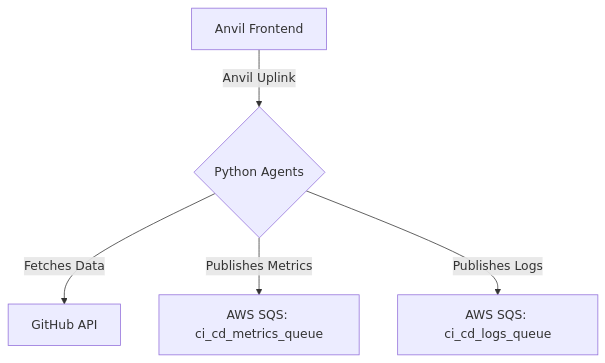
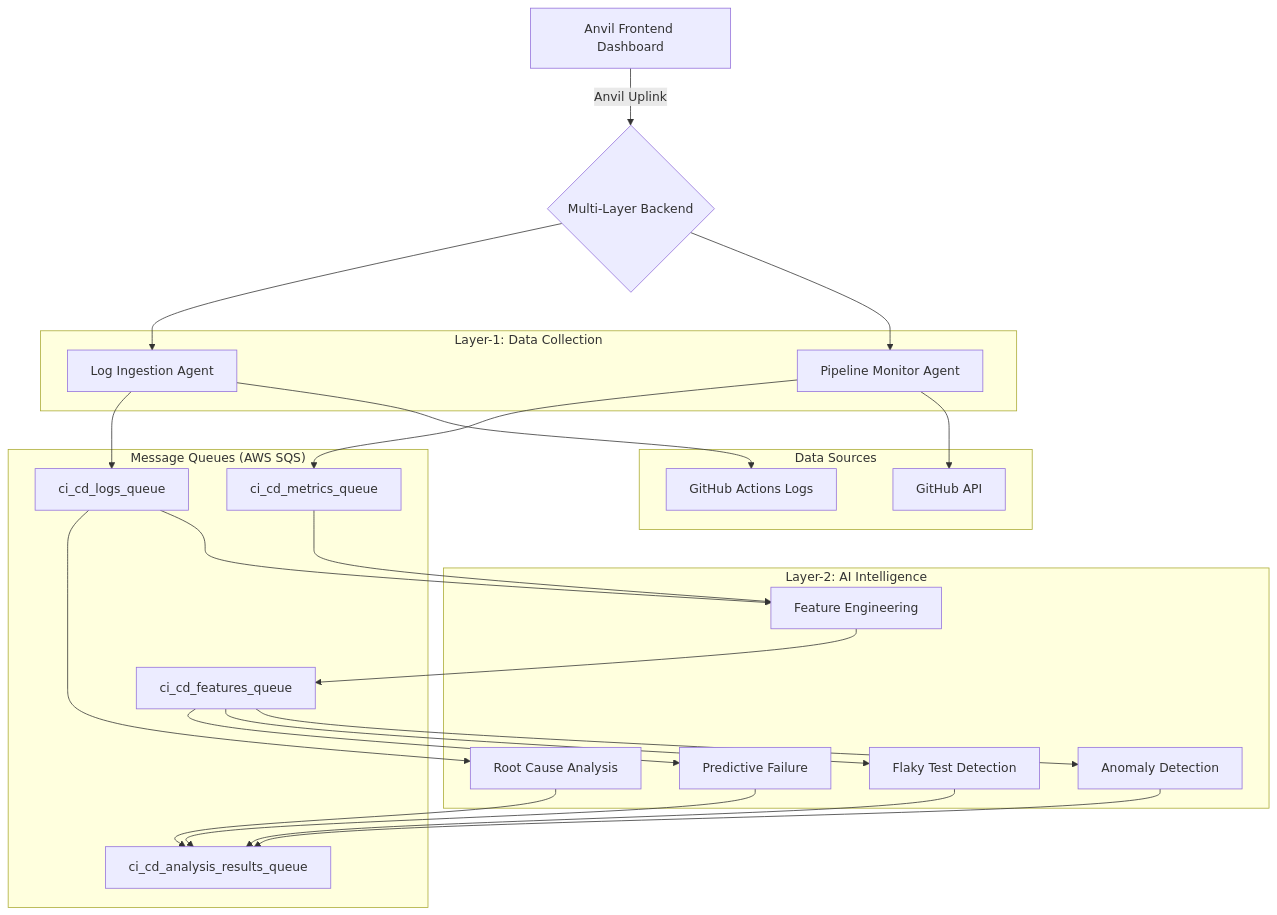
One commit to talatops/AI-DRIVEN-CICD-PIPELINE changed the diagram in README.md. Above: the diagram before and after it, drawn with Mermaid. The commit also changed other lines of this file and 16 other files, not shown here.

First line of the commit message:
feat: Complete Layer 2: Intelligence & Analysis for CI/CD Optimization

````diff
--- a/README.md
+++ b/README.md
@@ -28,7 +33,50 @@
 ```mermaid
 graph TD
-    A[Anvil Frontend] -- Anvil Uplink --> B{Python Agents};
-    B -- Fetches Data --> C[GitHub API];
-    B -- Publishes Metrics --> D[AWS SQS: ci_cd_metrics_queue];
-    B -- Publishes Logs --> E[AWS SQS: ci_cd_logs_queue];
+    A[Anvil Frontend Dashboard] -- Anvil Uplink --> B{Multi-Layer Backend};
+    
+    subgraph "Layer-1: Data Collection"
+        B1[Pipeline Monitor Agent]
+        B2[Log Ingestion Agent]
+    end
+    
+    subgraph "Layer-2: AI Intelligence"
+        C1[Feature Engineering]
+        C2[Anomaly Detection]
+        C3[Flaky Test Detection]
+        C4[Root Cause Analysis]
+        C5[Predictive Failure]
+    end
+    
+    subgraph "Data Sources"
+        D[GitHub API]
+        E[GitHub Actions Logs]
+    end
+    
+    subgraph "Message Queues (AWS SQS)"
+        F[ci_cd_metrics_queue]
+        G[ci_cd_logs_queue]
+        H[ci_cd_features_queue]
+        I[ci_cd_analysis_results_queue]
+    end
+    
+    B --> B1
+    B --> B2
+    B1 --> D
+    B2 --> E
+    B1 --> F
+    B2 --> G
+    
+    F --> C1
+    G --> C1
+    C1 --> H
+    
+    H --> C2
+    H --> C3
+    H --> C5
+    G --> C4
+    
+    C2 --> I
+    C3 --> I
+    C4 --> I
+    C5 --> I
 ```
````
